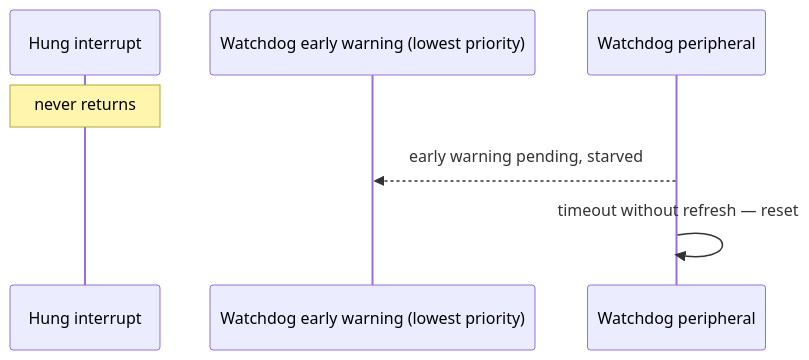
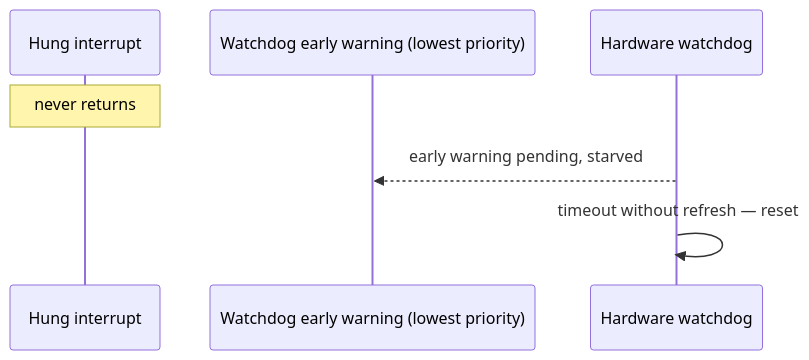
One commit to embedded-pro/e-foc changed the third of 4 diagrams in documentation/design/watchdog.md. Above: the diagram before and after it, drawn with Mermaid. The commit also changed other lines of this file and 37 other files, not shown here.

````diff
--- a/documentation/design/watchdog.md
+++ b/documentation/design/watchdog.md
@@ -238,10 +238,10 @@
 ```mermaid
 sequenceDiagram
     participant ISR as Hung interrupt
     participant WD as Watchdog early warning (lowest priority)
-    participant HW as Watchdog peripheral
+    participant HW as Hardware watchdog
 
     Note over ISR: never returns
     HW-->>WD: early warning pending, starved
     HW->>HW: timeout without refresh — reset
 ```
````
